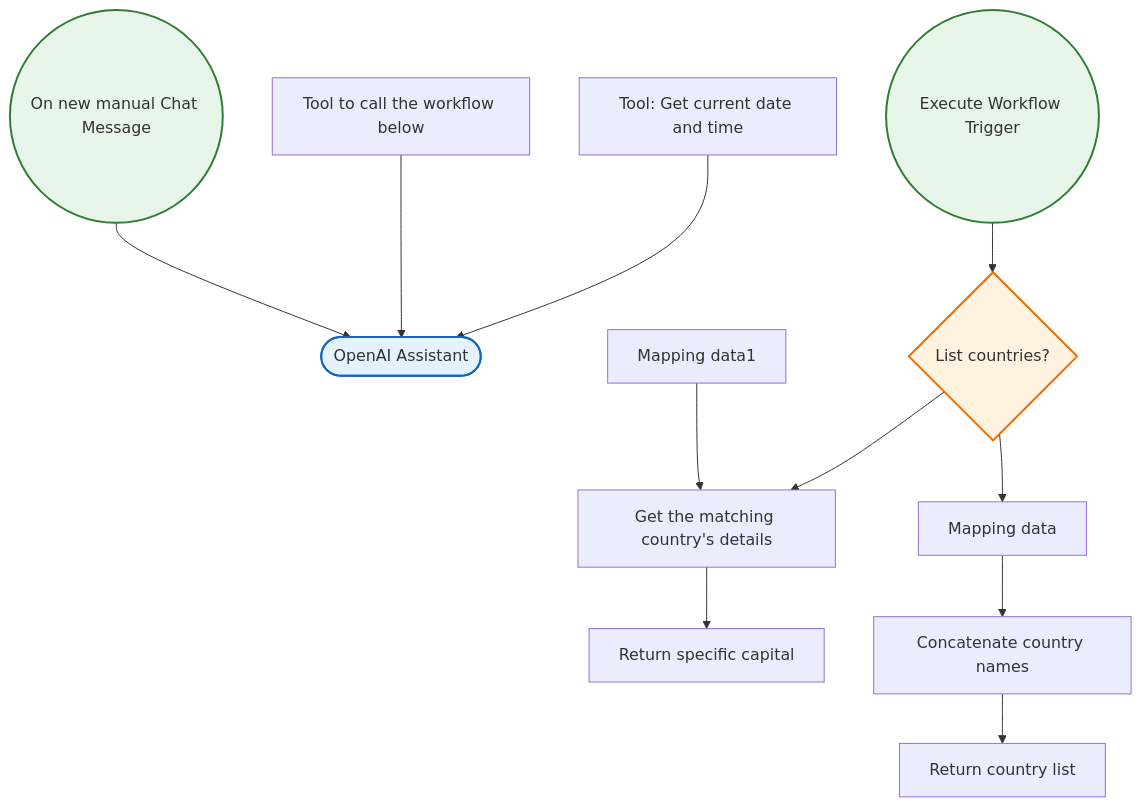
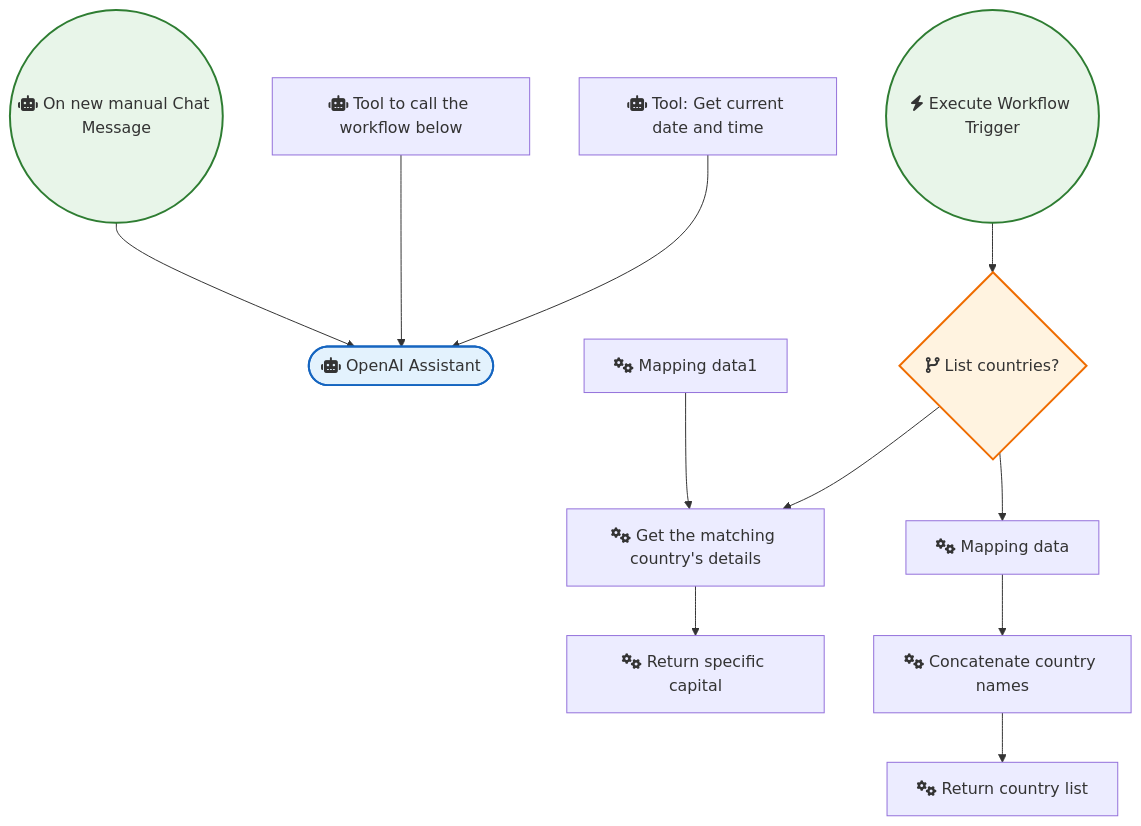
Before and after one commit to sreyash3105/N8N-DEMO-AUTOMATIONS: the diagram in OpenAI_and_LLMs/Openai Assistant with Custom N8n Tools.md, drawn with Mermaid. The commit also changed 291 other files, not shown here.

````diff
--- a/OpenAI_and_LLMs/Openai Assistant with Custom N8n Tools.md
+++ b/OpenAI_and_LLMs/Openai Assistant with Custom N8n Tools.md
@@ -1,30 +1,30 @@
 ```mermaid
 graph TD
     classDef trigger fill:#e8f5e9,stroke:#2e7d32,stroke-width:2px;
     classDef ai fill:#e3f2fd,stroke:#1565c0,stroke-width:2px;
     classDef logic fill:#fff3e0,stroke:#ef6c00,stroke-width:2px;
 
-    On_new_manual_Chat_Message(("On new manual Chat Message")):::trigger
-    OpenAI_Assistant(["OpenAI Assistant"]):::ai
-    Execute_Workflow_Trigger(("Execute Workflow Trigger")):::trigger
-    Mapping_data["Mapping data"]
-    List_countries_{"List countries?"}:::logic
-    Mapping_data1["Mapping data1"]
-    Return_country_list["Return country list"]
-    Return_specific_capital["Return specific capital"]
-    Tool_to_call_the_workflow_below["Tool to call the workflow below"]
-    Concatenate_country_names["Concatenate country names"]
-    Get_the_matching_country_s_details["Get the matching country's details"]
-    Tool__Get_current_date_and_time["Tool: Get current date and time"]
+    On_new_manual_Chat_Message(("fas:fa-robot On new manual Chat Message")):::trigger
+    OpenAI_Assistant(["fas:fa-robot OpenAI Assistant"]):::ai
+    Execute_Workflow_Trigger(("fas:fa-bolt Execute Workflow Trigger")):::trigger
+    Mapping_data["fas:fa-cogs Mapping data"]
+    List_countries_{"fas:fa-code-branch List countries?"}:::logic
+    Mapping_data1["fas:fa-cogs Mapping data1"]
+    Return_country_list["fas:fa-cogs Return country list"]
+    Return_specific_capital["fas:fa-cogs Return specific capital"]
+    Tool_to_call_the_workflow_below["fas:fa-robot Tool to call the workflow below"]
+    Concatenate_country_names["fas:fa-cogs Concatenate country names"]
+    Get_the_matching_country_s_details["fas:fa-cogs Get the matching country's details"]
+    Tool__Get_current_date_and_time["fas:fa-robot Tool: Get current date and time"]
 
     Mapping_data --> Concatenate_country_names
     Mapping_data1 --> Get_the_matching_country_s_details
     List_countries_ --> Mapping_data
     List_countries_ --> Get_the_matching_country_s_details
     Execute_Workflow_Trigger --> List_countries_
     Concatenate_country_names --> Return_country_list
     On_new_manual_Chat_Message --> OpenAI_Assistant
     Tool_to_call_the_workflow_below --> OpenAI_Assistant
     Tool__Get_current_date_and_time --> OpenAI_Assistant
     Get_the_matching_country_s_details --> Return_specific_capital
 ```
````
